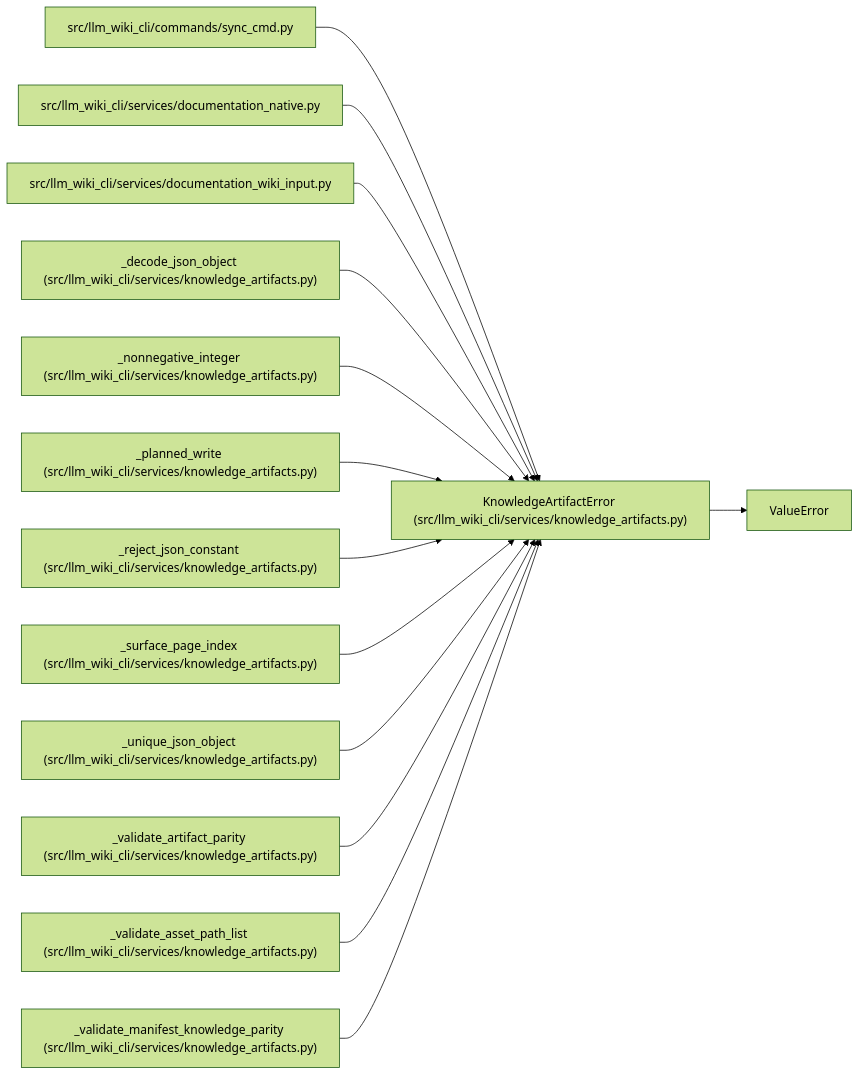
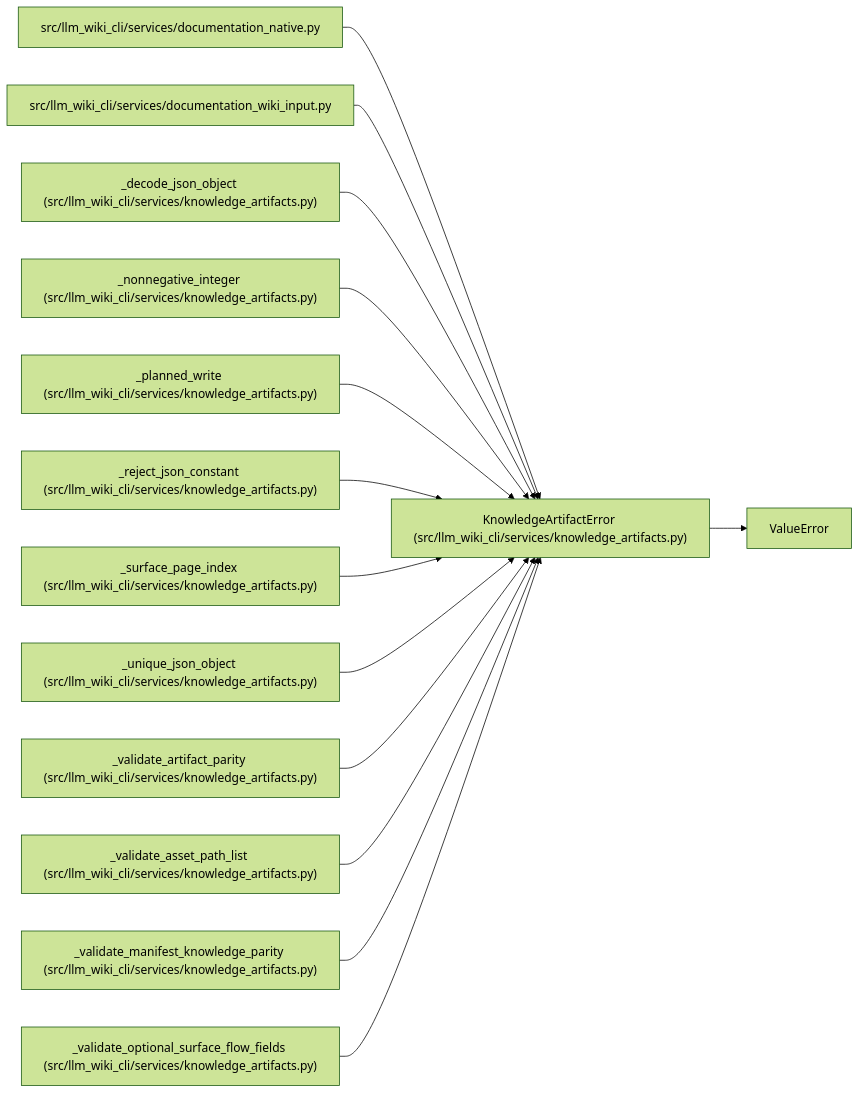
The diagram in docs/llm_wiki/entities/KnowledgeArtifactError.md (Denissvgn/python-wiki-llm), drawn with Mermaid (forest theme) before and after one commit. The commit also changed other lines of this file and 1555 other files, not shown here.

````diff
--- a/docs/llm_wiki/entities/KnowledgeArtifactError.md
+++ b/docs/llm_wiki/entities/KnowledgeArtifactError.md
@@ -25,43 +25,43 @@
 ```mermaid
 flowchart LR
     n0["KnowledgeArtifactError (src/llm_wiki_cli/services/knowledge_artifacts.py)"]
     n1["ValueError"]
-    n2["src/llm_wiki_cli/commands/sync_cmd.py"]
-    n3["src/llm_wiki_cli/services/documentation_native.py"]
-    n4["src/llm_wiki_cli/services/documentation_wiki_input.py"]
-    n5["_decode_json_object (src/llm_wiki_cli/services/knowledge_artifacts.py)"]
-    n6["_nonnegative_integer (src/llm_wiki_cli/services/knowledge_artifacts.py)"]
-    n7["_planned_write (src/llm_wiki_cli/services/knowledge_artifacts.py)"]
-    n8["_reject_json_constant (src/llm_wiki_cli/services/knowledge_artifacts.py)"]
-    n9["_surface_page_index (src/llm_wiki_cli/services/knowledge_artifacts.py)"]
-    n10["_unique_json_object (src/llm_wiki_cli/services/knowledge_artifacts.py)"]
-    n11["_validate_artifact_parity (src/llm_wiki_cli/services/knowledge_artifacts.py)"]
-    n12["_validate_asset_path_list (src/llm_wiki_cli/services/knowledge_artifacts.py)"]
-    n13["_validate_manifest_knowledge_parity (src/llm_wiki_cli/services/knowledge_artifacts.py)"]
+    n2["src/llm_wiki_cli/services/documentation_native.py"]
+    n3["src/llm_wiki_cli/services/documentation_wiki_input.py"]
+    n4["_decode_json_object (src/llm_wiki_cli/services/knowledge_artifacts.py)"]
+    n5["_nonnegative_integer (src/llm_wiki_cli/services/knowledge_artifacts.py)"]
+    n6["_planned_write (src/llm_wiki_cli/services/knowledge_artifacts.py)"]
+    n7["_reject_json_constant (src/llm_wiki_cli/services/knowledge_artifacts.py)"]
+    n8["_surface_page_index (src/llm_wiki_cli/services/knowledge_artifacts.py)"]
+    n9["_unique_json_object (src/llm_wiki_cli/services/knowledge_artifacts.py)"]
+    n10["_validate_artifact_parity (src/llm_wiki_cli/services/knowledge_artifacts.py)"]
+    n11["_validate_asset_path_list (src/llm_wiki_cli/services/knowledge_artifacts.py)"]
+    n12["_validate_manifest_knowledge_parity (src/llm_wiki_cli/services/knowledge_artifacts.py)"]
+    n13["_validate_optional_surface_flow_fields (src/llm_wiki_cli/services/knowledge_artifacts.py)"]
     n0 --> n1
     n2 --> n0
     n3 --> n0
     n4 --> n0
     n5 --> n0
     n6 --> n0
     n7 --> n0
     n8 --> n0
     n9 --> n0
     n10 --> n0
     n11 --> n0
     n12 --> n0
     n13 --> n0
     click n0 "../modules/knowledge_artifacts.md"
-    click n2 "../modules/sync_cmd.md"
-    click n3 "../modules/documentation_native.md"
-    click n4 "../modules/documentation_wiki_input.md"
+    click n2 "../modules/documentation_native.md"
+    click n3 "../modules/documentation_wiki_input.md"
+    click n4 "../modules/knowledge_artifacts.md"
     click n5 "../modules/knowledge_artifacts.md"
     click n6 "../modules/knowledge_artifacts.md"
     click n7 "../modules/knowledge_artifacts.md"
     click n8 "../modules/knowledge_artifacts.md"
     click n9 "../modules/knowledge_artifacts.md"
     click n10 "../modules/knowledge_artifacts.md"
     click n11 "../modules/knowledge_artifacts.md"
     click n12 "../modules/knowledge_artifacts.md"
     click n13 "../modules/knowledge_artifacts.md"
 ```
````
